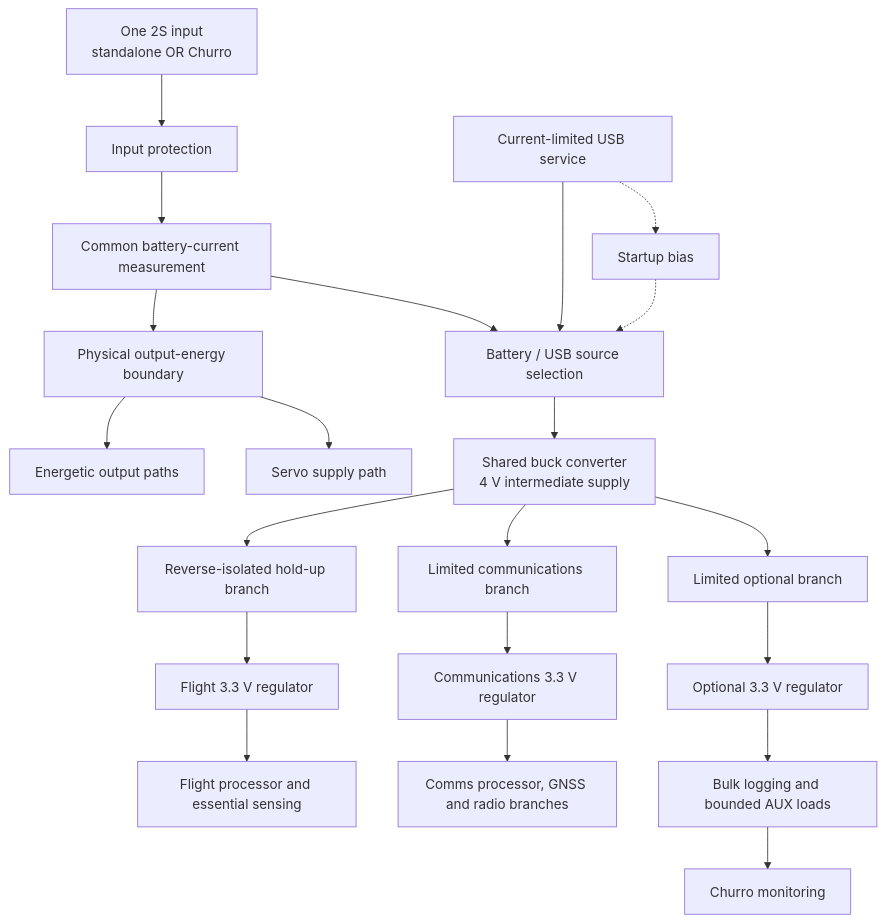
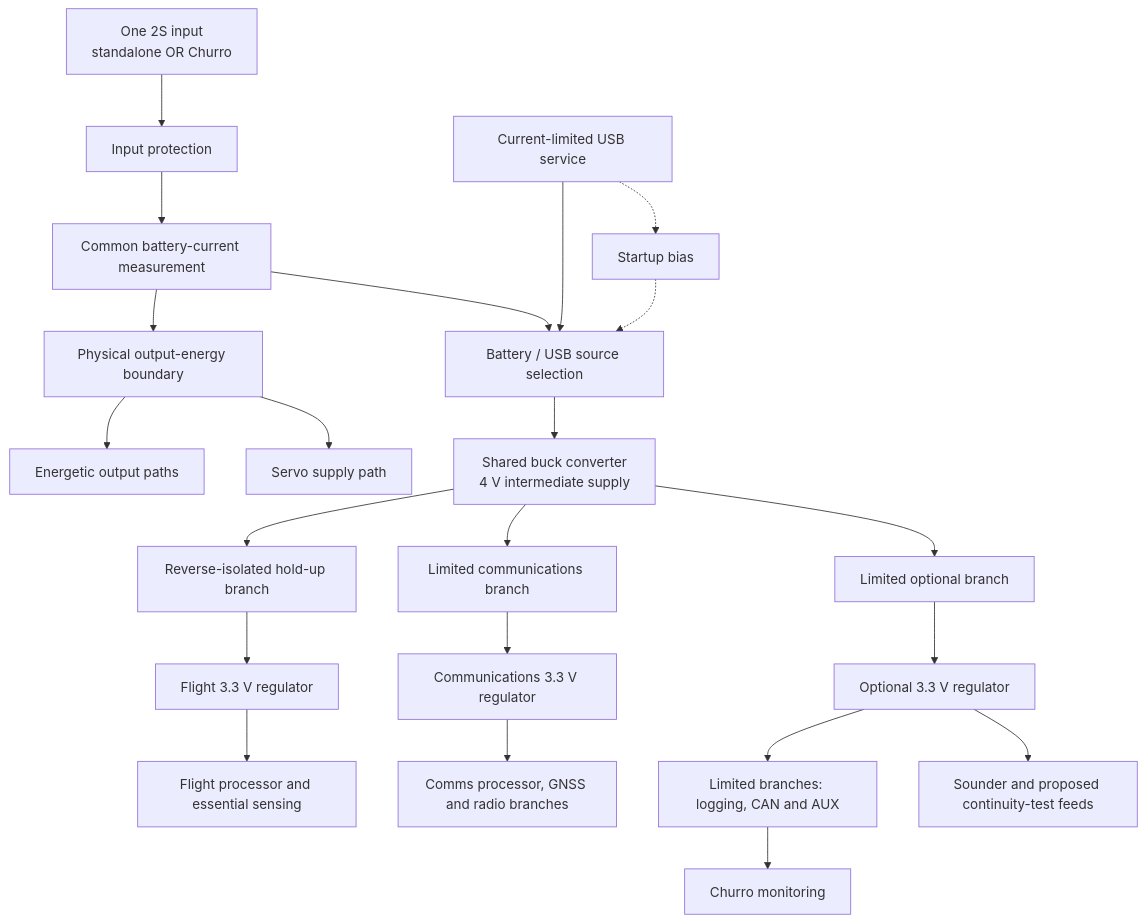
The diagram in docs/architecture/02-power.md (ULAS-HiPR/Ogma2), drawn with Mermaid before and after one commit. The commit also changed other lines of this file and 11 other files, not shown here.

````diff
--- a/docs/architecture/02-power.md
+++ b/docs/architecture/02-power.md
@@ -13,23 +13,24 @@
 ```mermaid
 flowchart TD
   B["One 2S input<br/>standalone OR Churro"] --> P["Input protection"]
   P --> M["Common battery-current measurement"]
   M --> E["Physical output-energy boundary"]
   E --> Y["Energetic output paths"]
   E --> S["Servo supply path"]
   M --> X["Battery / USB source selection"]
   U["Current-limited USB service"] --> X
   X --> K["Shared buck converter<br/>4 V intermediate supply"]
   K --> H["Reverse-isolated hold-up branch"]
   H --> F["Flight 3.3 V regulator"]
   F --> FL["Flight processor and essential sensing"]
   K --> C["Limited communications branch"]
   C --> CR["Communications 3.3 V regulator"]
   CR --> CL["Comms processor, GNSS and radio branches"]
   K --> O["Limited optional branch"]
   O --> OR["Optional 3.3 V regulator"]
-  OR --> OL["Bulk logging and bounded AUX loads"]
+  OR --> OL["Limited branches: logging, CAN and AUX"]
+  OR --> DI["Sounder and proposed continuity-test feeds"]
   OL --> CM["Churro monitoring"]
   U -.-> BB["Startup bias"]
   BB -.-> X
 ```
````
